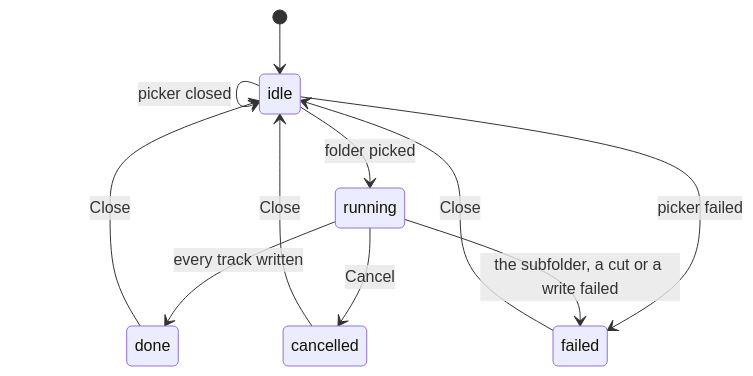
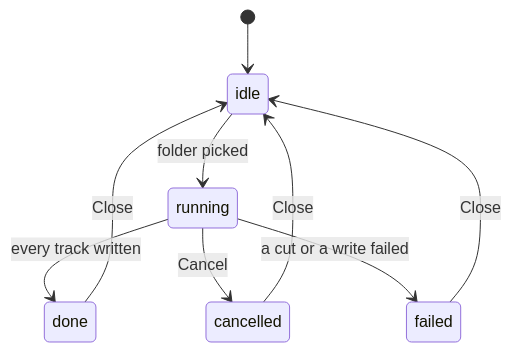
Before and after one commit to suleymanyaryev/audio-splitter: the eighth of 9 diagrams in docs/architecture.md, drawn with Mermaid. The commit also changed other lines of this file and 11 other files, not shown here.

First line of the commit message:
docs: trim the agent docs, README and architecture to what holds now

````diff
--- a/docs/architecture.md
+++ b/docs/architecture.md
@@ -225,13 +204,11 @@
 ```mermaid
 stateDiagram-v2
   [*] --> idle
-  idle --> idle: picker closed
   idle --> running: folder picked
-  idle --> failed: picker failed
   running --> done: every track written
   running --> cancelled: Cancel
-  running --> failed: the subfolder, a cut or a write failed
+  running --> failed: a cut or a write failed
   done --> idle: Close
   cancelled --> idle: Close
   failed --> idle: Close
 ```
````
